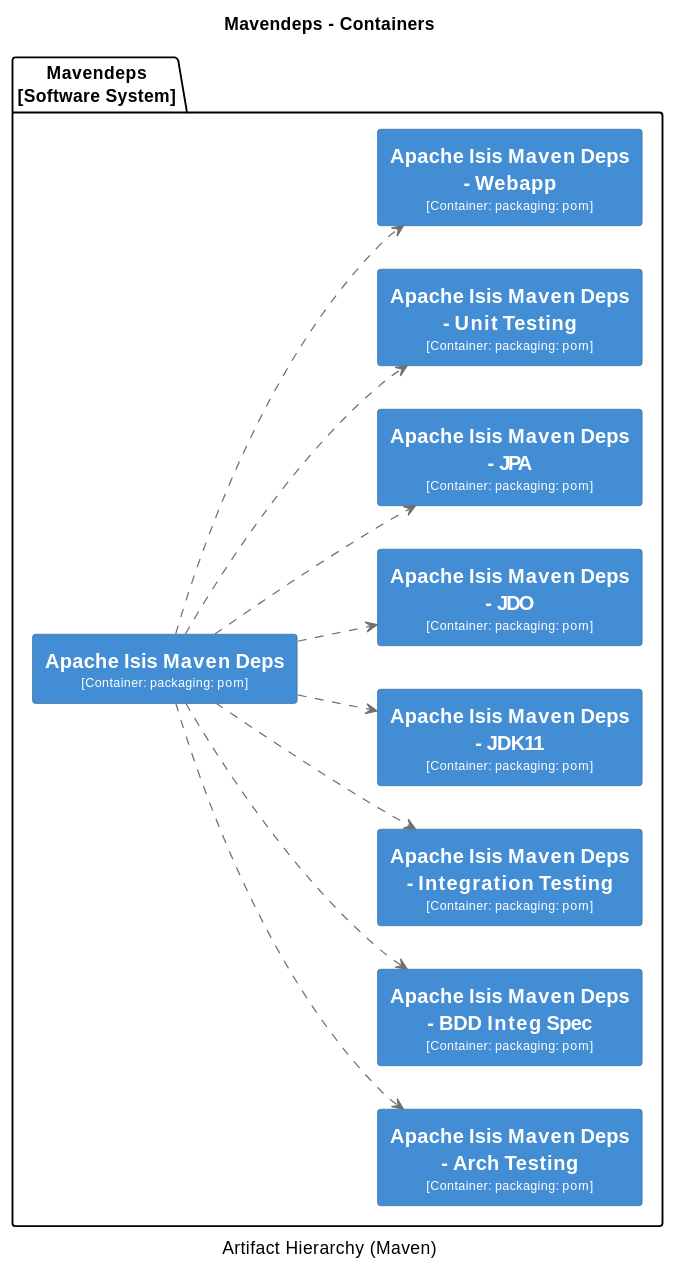
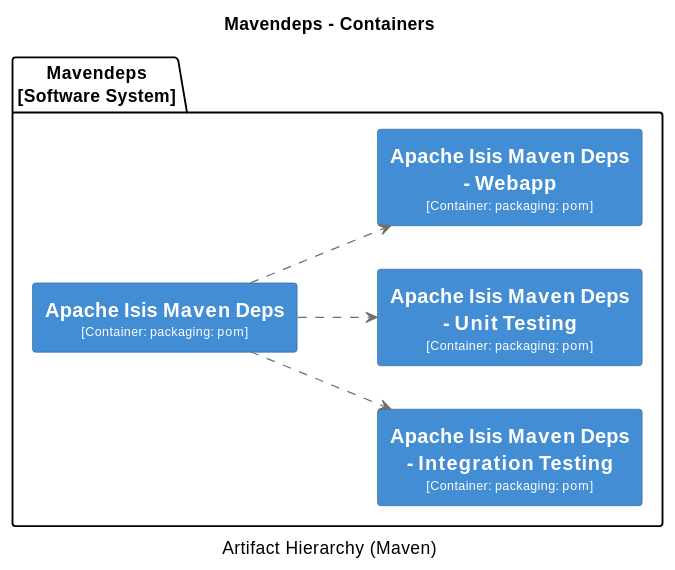
The second of 38 diagrams in core/adoc/modules/_overview/pages/about.adoc (apache/causeway), drawn with PlantUML before and after one commit. The commit also changed other lines of this file and 13 other files, not shown here.

```diff
--- a/core/adoc/modules/_overview/pages/about.adoc
+++ b/core/adoc/modules/_overview/pages/about.adoc
@@ -52,81 +52,46 @@
 [plantuml,Mavendeps,svg]
 ----
 @startuml(id=Mavendeps)
 title Mavendeps - Containers
 caption Artifact Hierarchy (Maven)
 
 skinparam {
   shadowing false
   arrowFontSize 10
   defaultTextAlignment center
   wrapWidth 200
   maxMessageSize 100
 }
 hide stereotype
 left to right direction
 skinparam rectangle<<2>> {
   BackgroundColor #438dd5
   FontColor #fffffe
   BorderColor #2E6295
 }
 skinparam rectangle<<3>> {
   BackgroundColor #438dd5
   FontColor #fffffe
   BorderColor #2E6295
 }
 skinparam rectangle<<4>> {
   BackgroundColor #438dd5
   FontColor #fffffe
   BorderColor #2E6295
 }
 skinparam rectangle<<5>> {
   BackgroundColor #438dd5
   FontColor #fffffe
   BorderColor #2E6295
 }
-skinparam rectangle<<6>> {
-  BackgroundColor #438dd5
-  FontColor #fffffe
-  BorderColor #2E6295
-}
-skinparam rectangle<<7>> {
-  BackgroundColor #438dd5
-  FontColor #fffffe
-  BorderColor #2E6295
-}
-skinparam rectangle<<8>> {
-  BackgroundColor #438dd5
-  FontColor #fffffe
-  BorderColor #2E6295
-}
-skinparam rectangle<<9>> {
-  BackgroundColor #438dd5
-  FontColor #fffffe
-  BorderColor #2E6295
-}
-skinparam rectangle<<10>> {
-  BackgroundColor #438dd5
-  FontColor #fffffe
-  BorderColor #2E6295
-}
 package "Mavendeps\n[Software System]" {
   rectangle "==Apache Isis Maven Deps\n<size:10>[Container: packaging: pom]</size>" <<2>> as 2
-  rectangle "==Apache Isis Maven Deps - Arch Testing\n<size:10>[Container: packaging: pom]</size>" <<3>> as 3
-  rectangle "==Apache Isis Maven Deps - BDD Integ Spec\n<size:10>[Container: packaging: pom]</size>" <<4>> as 4
-  rectangle "==Apache Isis Maven Deps - Integration Testing\n<size:10>[Container: packaging: pom]</size>" <<5>> as 5
-  rectangle "==Apache Isis Maven Deps - JDK11\n<size:10>[Container: packaging: pom]</size>" <<6>> as 6
-  rectangle "==Apache Isis Maven Deps - JDO\n<size:10>[Container: packaging: pom]</size>" <<7>> as 7
-  rectangle "==Apache Isis Maven Deps - JPA\n<size:10>[Container: packaging: pom]</size>" <<8>> as 8
-  rectangle "==Apache Isis Maven Deps - Unit Testing\n<size:10>[Container: packaging: pom]</size>" <<9>> as 9
-  rectangle "==Apache Isis Maven Deps - Webapp\n<size:10>[Container: packaging: pom]</size>" <<10>> as 10
+  rectangle "==Apache Isis Maven Deps - Integration Testing\n<size:10>[Container: packaging: pom]</size>" <<3>> as 3
+  rectangle "==Apache Isis Maven Deps - Unit Testing\n<size:10>[Container: packaging: pom]</size>" <<4>> as 4
+  rectangle "==Apache Isis Maven Deps - Webapp\n<size:10>[Container: packaging: pom]</size>" <<5>> as 5
 }
 2 .[#707070].> 3 : ""
 2 .[#707070].> 4 : ""
 2 .[#707070].> 5 : ""
-2 .[#707070].> 6 : ""
-2 .[#707070].> 7 : ""
-2 .[#707070].> 8 : ""
-2 .[#707070].> 9 : ""
-2 .[#707070].> 10 : ""
 @enduml
 ----
```
